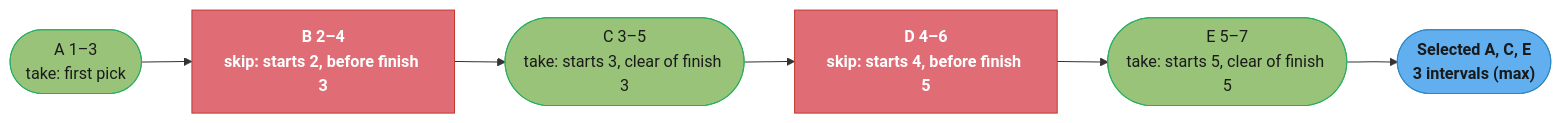
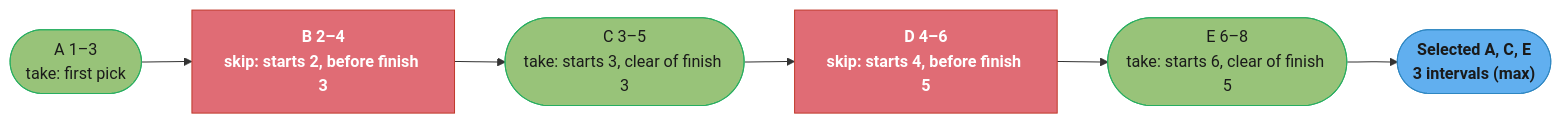
One commit to rppol/system-design changed the second of 6 diagrams in src/main/java/com/rutik/systemdesign/cs_fundamentals/greedy_and_divide_and_conquer/greedy_and_divide_and_conquer.md. Above: the diagram before and after it, drawn with Mermaid. The commit also changed other lines of this file and 13 other files, not shown here.

````diff
--- a/src/main/java/com/rutik/systemdesign/cs_fundamentals/greedy_and_divide_and_conquer/greedy_and_divide_and_conquer.md
+++ b/src/main/java/com/rutik/systemdesign/cs_fundamentals/greedy_and_divide_and_conquer/greedy_and_divide_and_conquer.md
@@ -278,20 +282,20 @@
 ```mermaid
 flowchart LR
     classDef io      fill:#61afef,stroke:#2e86c1,color:#1a1a1a,font-weight:bold
     classDef frozen  fill:#c678dd,stroke:#9b59b6,color:#fff
     classDef train   fill:#98c379,stroke:#27ae60,color:#1a1a1a
     classDef mathOp  fill:#d19a66,stroke:#e67e22,color:#1a1a1a,font-weight:bold
     classDef lossN   fill:#e06c75,stroke:#c0392b,color:#fff,font-weight:bold
     classDef req     fill:#56b6c2,stroke:#0097a7,color:#1a1a1a
     classDef base    fill:#e5c07b,stroke:#f39c12,color:#1a1a1a
 
     A(["A 1–3<br/>take: first pick"]) --> B["B 2–4<br/>skip: starts 2, before finish 3"]
     B --> C(["C 3–5<br/>take: starts 3, clear of finish 3"])
     C --> D["D 4–6<br/>skip: starts 4, before finish 5"]
-    D --> E(["E 5–7<br/>take: starts 5, clear of finish 5"])
+    D --> E(["E 6–8<br/>take: starts 6, clear of finish 5"])
     E --> result(["Selected A, C, E<br/>3 intervals (max)"])
 
     class A,C,E train
     class B,D lossN
     class result io
 ```
````
